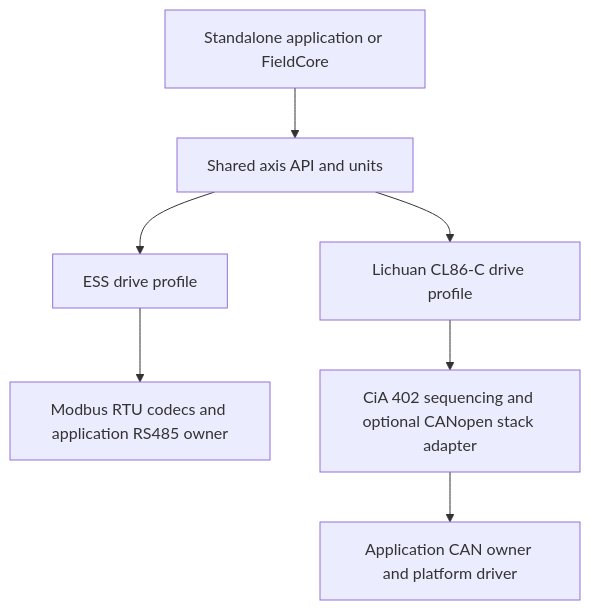
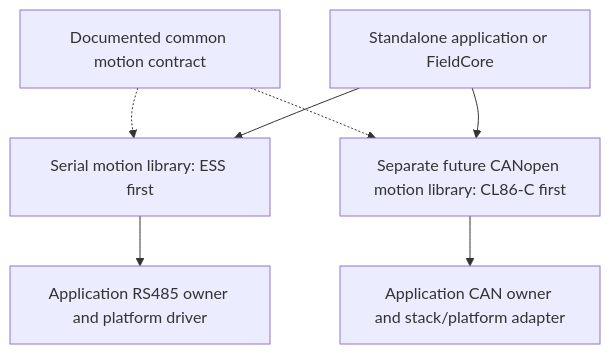
One commit to janhavelka/ESS23-RS changed the diagram in docs/reference/07_canopen_feasibility.md. Above: the diagram before and after it, drawn with Mermaid. The commit also changed other lines of this file and 6 other files, not shown here.

Commit message:
Record separate CANopen library decision and next ESS stages

````diff
--- a/docs/reference/07_canopen_feasibility.md
+++ b/docs/reference/07_canopen_feasibility.md
@@ -172,9 +185,9 @@
 ```mermaid
 flowchart TD
-  App[Standalone application or FieldCore] --> Axis[Shared axis API and units]
-  Axis --> ESS[ESS drive profile]
-  Axis --> CL[Lichuan CL86-C drive profile]
-  ESS --> RTU[Modbus RTU codecs and application RS485 owner]
-  CL --> CAN[CiA 402 sequencing and optional CANopen stack adapter]
-  CAN --> Owner[Application CAN owner and platform driver]
+  Contract[Documented common motion contract] -.-> Serial[Serial motion library: ESS first]
+  Contract -.-> CAN[Separate future CANopen motion library: CL86-C first]
+  App[Standalone application or FieldCore] --> Serial
+  App --> CAN
+  Serial --> RTU[Application RS485 owner and platform driver]
+  CAN --> Owner[Application CAN owner and stack/platform adapter]
 ```
````
